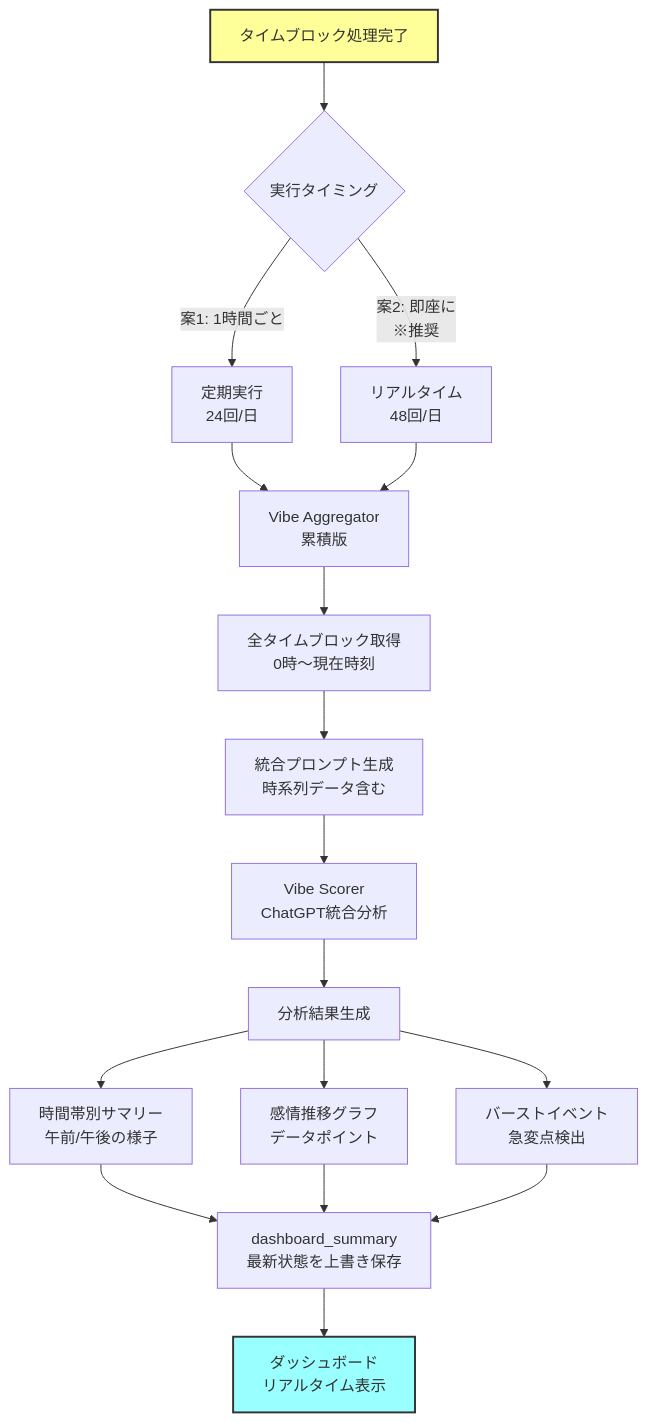
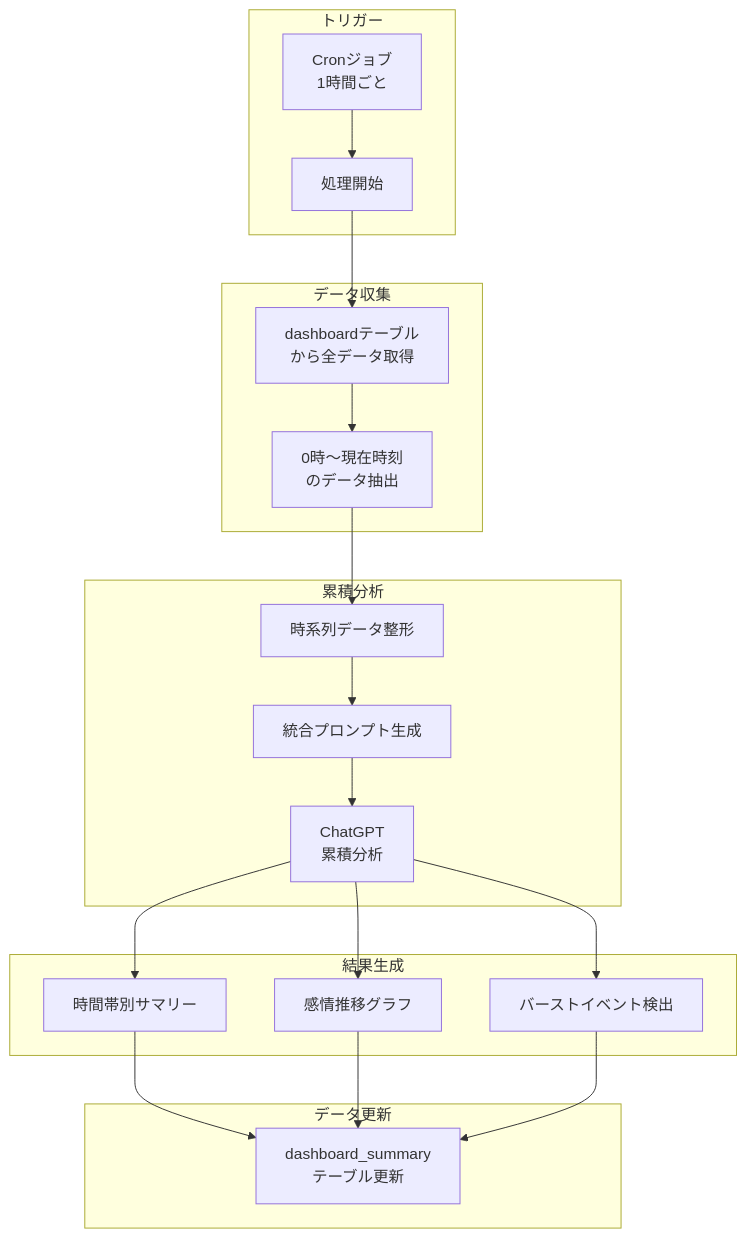
One commit to hey-watchme/server-configs changed the second of 2 diagrams in PROCESSING_ARCHITECTURE.md. Above: the diagram before and after it, drawn with Mermaid. The commit also changed other lines of this file and 12 other files, not shown here.

````diff
--- a/PROCESSING_ARCHITECTURE.md
+++ b/PROCESSING_ARCHITECTURE.md
@@ -63,28 +88,29 @@
 ```mermaid
 graph TD
-    TB[タイムブロック処理完了] --> TR{実行タイミング}
+    subgraph "トリガー"
+        A[Cronジョブ<br/>1時間ごと] --> B[処理開始]
+    end
     
-    TR -->|案1: 1時間ごと| H[定期実行<br/>24回/日]
-    TR -->|案2: 即座に<br/>※推奨| R[リアルタイム<br/>48回/日]
+    subgraph "データ収集"
+        B --> C[dashboardテーブル<br/>から全データ取得]
+        C --> D[0時〜現在時刻<br/>のデータ抽出]
+    end
     
-    H --> VA[Vibe Aggregator<br/>累積版]
-    R --> VA
+    subgraph "累積分析"
+        D --> E[時系列データ整形]
+        E --> F[統合プロンプト生成]
+        F --> G[ChatGPT<br/>累積分析]
+    end
     
-    VA --> Q[全タイムブロック取得<br/>0時〜現在時刻]
-    Q --> P[統合プロンプト生成<br/>時系列データ含む]
-    P --> VS[Vibe Scorer<br/>ChatGPT統合分析]
+    subgraph "結果生成"
+        G --> H1[時間帯別サマリー]
+        G --> H2[感情推移グラフ]
+        G --> H3[バーストイベント検出]
+    end
     
-    VS --> S[分析結果生成]
-    S --> S1[時間帯別サマリー<br/>午前/午後の様子]
-    S --> S2[感情推移グラフ<br/>データポイント]
-    S --> S3[バーストイベント<br/>急変点検出]
-    
-    S1 --> DS[dashboard_summary<br/>最新状態を上書き保存]
-    S2 --> DS
-    S3 --> DS
-    
-    DS --> UI[ダッシュボード<br/>リアルタイム表示]
-    
-    style TB fill:#ff9,stroke:#333,stroke-width:2px
-    style UI fill:#9ff,stroke:#333,stroke-width:2px
+    subgraph "データ更新"
+        H1 --> I[dashboard_summary<br/>テーブル更新]
+        H2 --> I
+        H3 --> I
+    end
 ```
````
